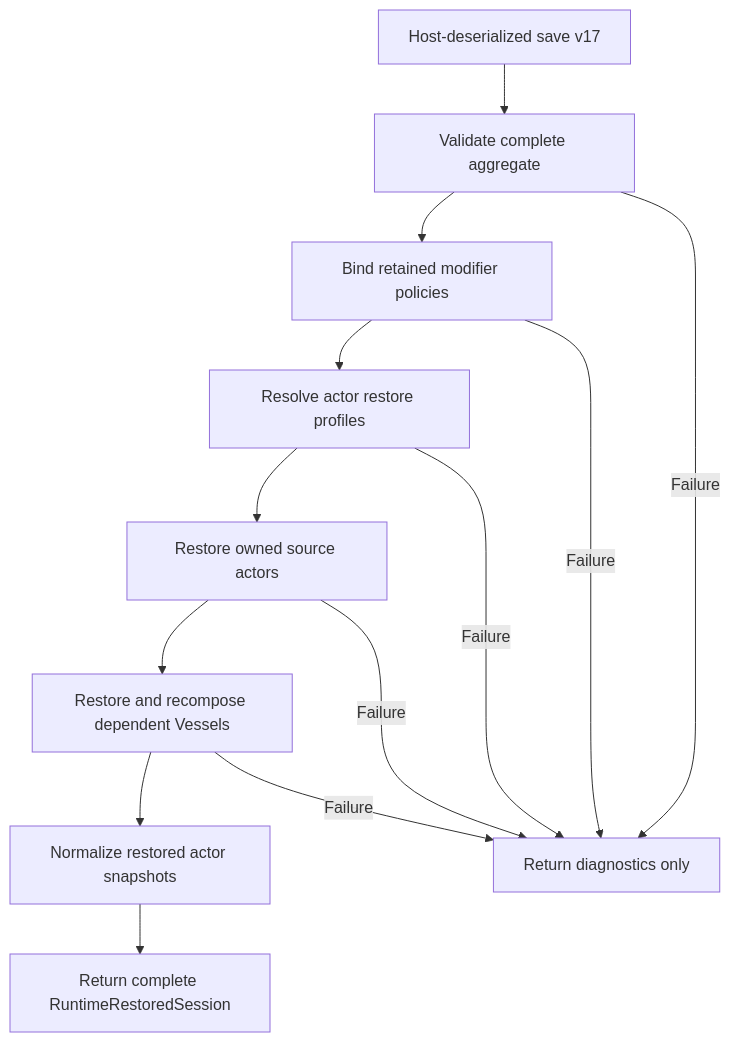
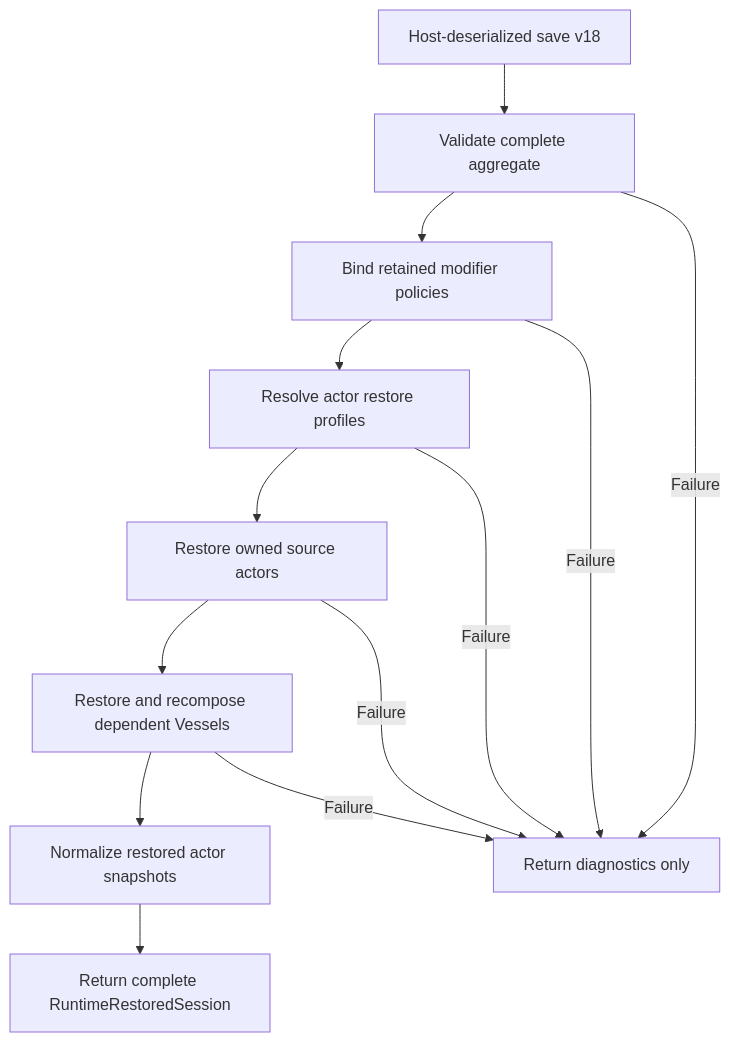
Before and after one commit to KayelC/Convergence: the fifth of 5 diagrams in docs/developer-guide/actors-and-runtime-state.md, drawn with Mermaid. The commit also changed other lines of this file and 55 other files, not shown here.

````diff
--- a/docs/developer-guide/actors-and-runtime-state.md
+++ b/docs/developer-guide/actors-and-runtime-state.md
@@ -364,15 +364,15 @@
 ```mermaid
 flowchart TD
-    Save["Host-deserialized save v17"] --> Validate["Validate complete aggregate"]
+    Save["Host-deserialized save v18"] --> Validate["Validate complete aggregate"]
     Validate --> Modifiers["Bind retained modifier policies"]
     Modifiers --> Profiles["Resolve actor restore profiles"]
     Profiles --> Sources["Restore owned source actors"]
     Sources --> Vessels["Restore and recompose dependent Vessels"]
     Vessels --> Normalize["Normalize restored actor snapshots"]
     Normalize --> Session["Return complete RuntimeRestoredSession"]
     Validate -->|Failure| Reject["Return diagnostics only"]
     Modifiers -->|Failure| Reject
     Profiles -->|Failure| Reject
     Sources -->|Failure| Reject
     Vessels -->|Failure| Reject
 ```
````
